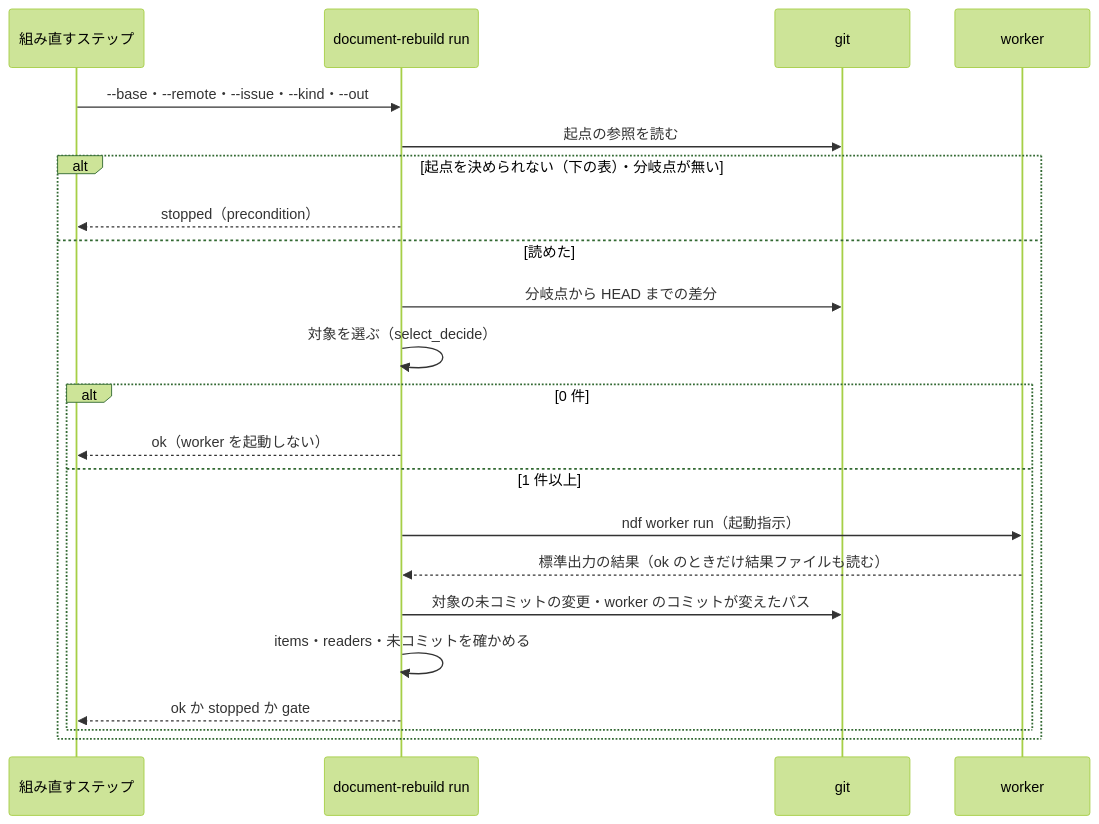
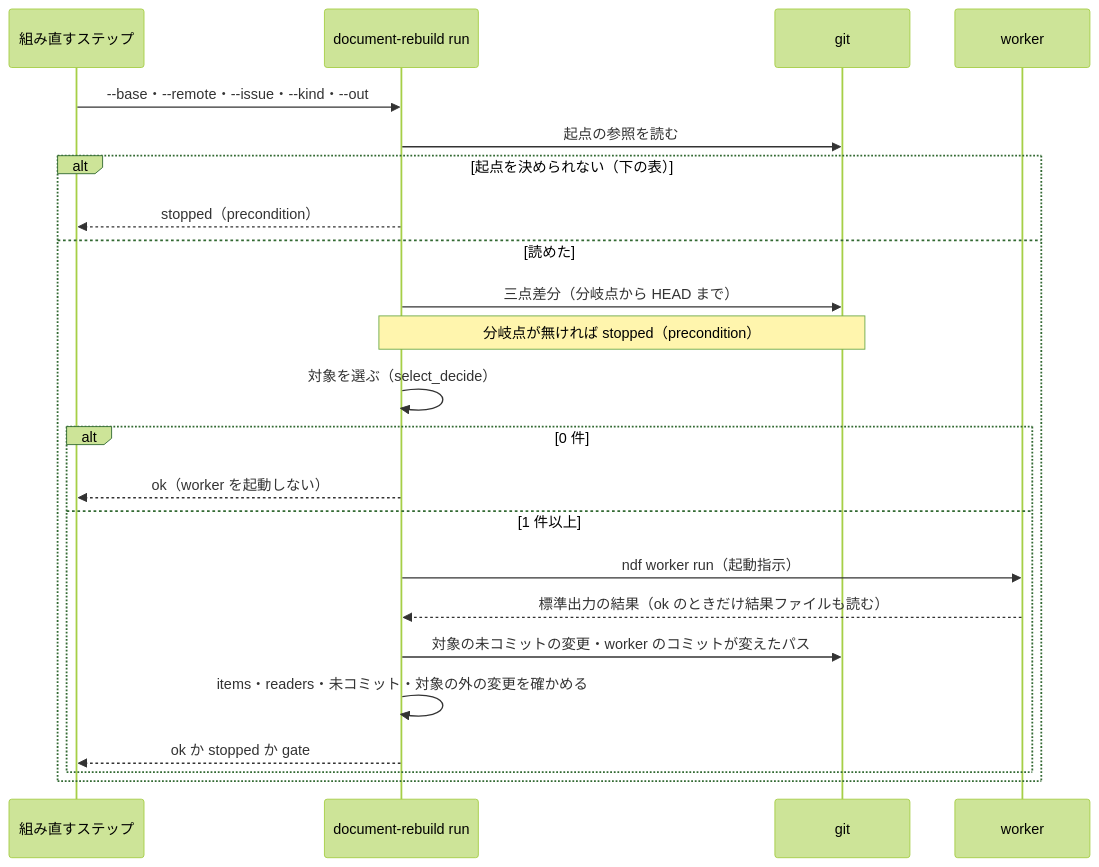
Before and after one commit to devbasex/ai-plugins: the fourth of 4 diagrams in issues/issue-4337-design.md, drawn with Mermaid (forest theme). The commit also changed other lines of this file, not shown here.

````diff
--- a/issues/issue-4337-design.md
+++ b/issues/issue-4337-design.md
@@ -227,24 +280,25 @@
 ```mermaid
 sequenceDiagram
     participant S as 組み直すステップ
     participant R as document-rebuild run
     participant G as git
     participant W as worker
     S->>R: --base・--remote・--issue・--kind・--out
     R->>G: 起点の参照を読む
-    alt 起点を決められない（下の表）・分岐点が無い
+    alt 起点を決められない（下の表）
         R-->>S: stopped（precondition）
     else 読めた
-        R->>G: 分岐点から HEAD までの差分
+        R->>G: 三点差分（分岐点から HEAD まで）
+        Note over R,G: 分岐点が無ければ stopped（precondition）
         R->>R: 対象を選ぶ（select_decide）
         alt 0 件
             R-->>S: ok（worker を起動しない）
         else 1 件以上
             R->>W: ndf worker run（起動指示）
             W-->>R: 標準出力の結果（ok のときだけ結果ファイルも読む）
             R->>G: 対象の未コミットの変更・worker のコミットが変えたパス
-            R->>R: items・readers・未コミットを確かめる
+            R->>R: items・readers・未コミット・対象の外の変更を確かめる
             R-->>S: ok か stopped か gate
         end
     end
 ```
````
